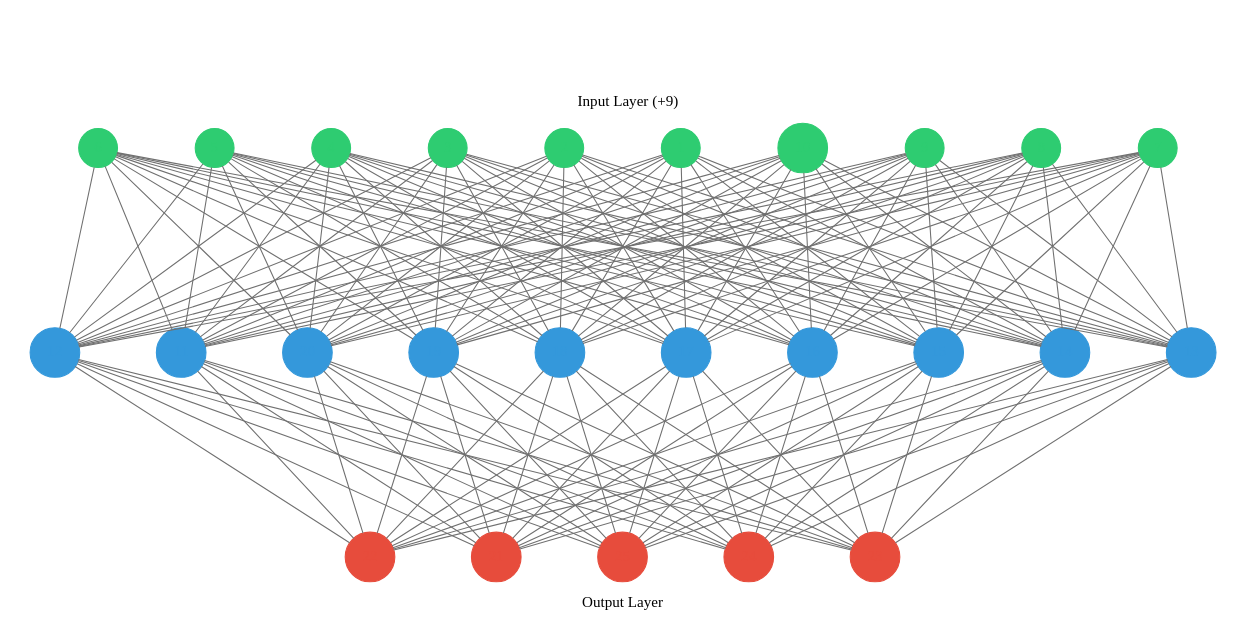
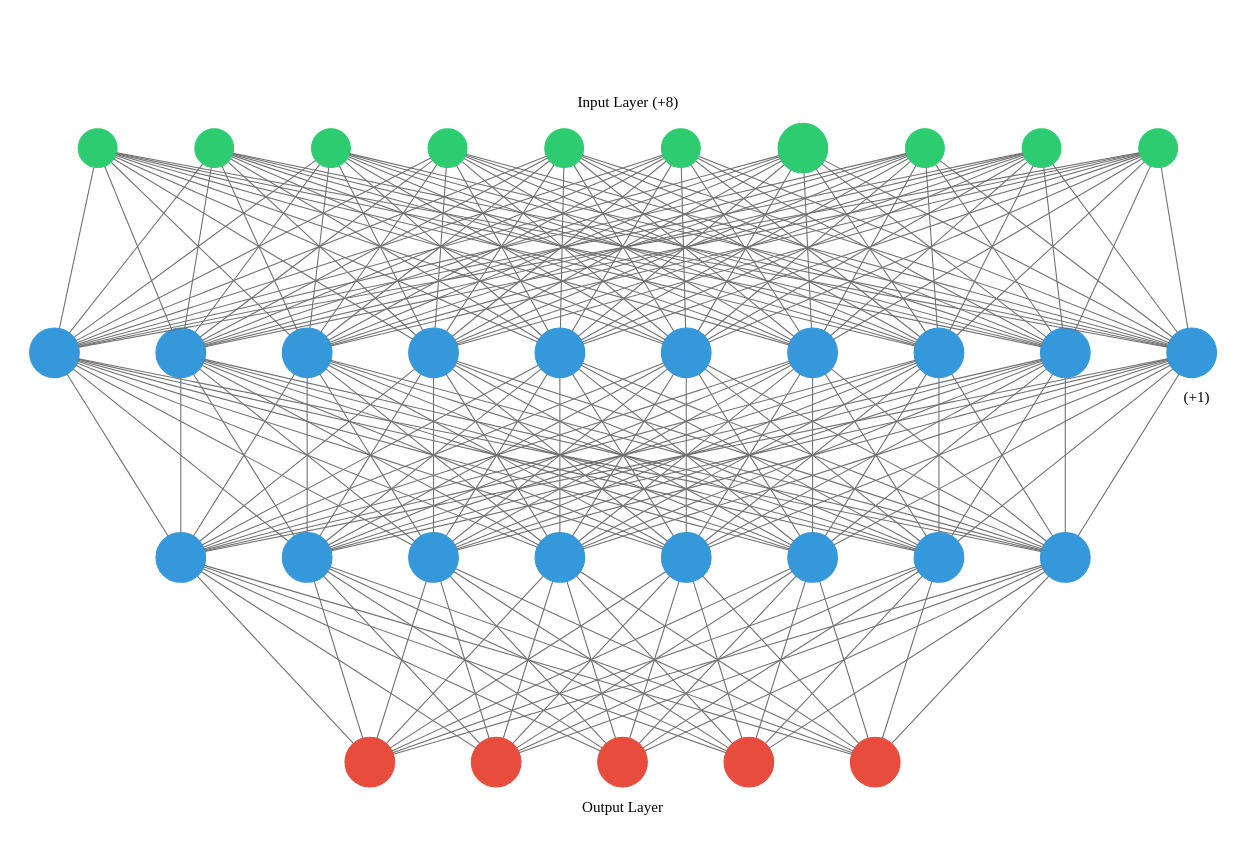
One commit to luukhfontys/Datascience-eindopdracht changed the diagram in network.gv. Above: the diagram before and after it, drawn with Graphviz. The commit also changed 16 other files, not shown here.

```diff
--- a/network.gv
+++ b/network.gv
@@ -9,70 +9,70 @@
 
 
 
-Input Layer (+9)"
+Input Layer (+8)"
 		rank=same
 		2
 		label="
 
 
 
-Input Layer (+9)"
+Input Layer (+8)"
 		rank=same
 		3
 		label="
 
 
 
-Input Layer (+9)"
+Input Layer (+8)"
 		rank=same
 		4
 		label="
 
 
 
-Input Layer (+9)"
+Input Layer (+8)"
 		rank=same
 		5
 		label="
 
 
 
-Input Layer (+9)"
+Input Layer (+8)"
 		rank=same
 		6
 		label="
 
 
 
-Input Layer (+9)"
+Input Layer (+8)"
 		rank=same
 		7
 		label="
 
 
 
-Input Layer (+9)"
+Input Layer (+8)"
 		rank=same
 		8
 		label="
 
 
 
-Input Layer (+9)"
+Input Layer (+8)"
 		rank=same
 		9
 		label="
 
 
 
-Input Layer (+9)"
+Input Layer (+8)"
 		rank=same
 		10
 		label="
 
 
 
-Input Layer (+9)"
+Input Layer (+8)"
 		rank=same
 	}
 	1 -> 11
@@ -178,7 +178,7 @@
 	subgraph cluster_1 {
 		color=white
 		rank=same
-		label="" labeljust=right labelloc=b
+		label=" (+1)" labeljust=right labelloc=b
 		11 [color="#3498db" fontcolor="#3498db" shape=circle style=filled]
 		12 [color="#3498db" fontcolor="#3498db" shape=circle style=filled]
 		13 [color="#3498db" fontcolor="#3498db" shape=circle style=filled]
@@ -240,16 +240,99 @@
 	18 -> 25
 	19 -> 25
 	20 -> 25
+	11 -> 26
+	12 -> 26
+	13 -> 26
+	14 -> 26
+	15 -> 26
+	16 -> 26
+	17 -> 26
+	18 -> 26
+	19 -> 26
+	20 -> 26
+	11 -> 27
+	12 -> 27
+	13 -> 27
+	14 -> 27
+	15 -> 27
+	16 -> 27
+	17 -> 27
+	18 -> 27
+	19 -> 27
+	20 -> 27
+	11 -> 28
+	12 -> 28
+	13 -> 28
+	14 -> 28
+	15 -> 28
+	16 -> 28
+	17 -> 28
+	18 -> 28
+	19 -> 28
+	20 -> 28
+	subgraph cluster_2 {
+		color=white
+		rank=same
+		label="" labeljust=right labelloc=b
+		21 [color="#3498db" fontcolor="#3498db" shape=circle style=filled]
+		22 [color="#3498db" fontcolor="#3498db" shape=circle style=filled]
+		23 [color="#3498db" fontcolor="#3498db" shape=circle style=filled]
+		24 [color="#3498db" fontcolor="#3498db" shape=circle style=filled]
+		25 [color="#3498db" fontcolor="#3498db" shape=circle style=filled]
+		26 [color="#3498db" fontcolor="#3498db" shape=circle style=filled]
+		27 [color="#3498db" fontcolor="#3498db" shape=circle style=filled]
+		28 [color="#3498db" fontcolor="#3498db" shape=circle style=filled]
+	}
+	21 -> 29
+	22 -> 29
+	23 -> 29
+	24 -> 29
+	25 -> 29
+	26 -> 29
+	27 -> 29
+	28 -> 29
+	21 -> 30
+	22 -> 30
+	23 -> 30
+	24 -> 30
+	25 -> 30
+	26 -> 30
+	27 -> 30
+	28 -> 30
+	21 -> 31
+	22 -> 31
+	23 -> 31
+	24 -> 31
+	25 -> 31
+	26 -> 31
+	27 -> 31
+	28 -> 31
+	21 -> 32
+	22 -> 32
+	23 -> 32
+	24 -> 32
+	25 -> 32
+	26 -> 32
+	27 -> 32
+	28 -> 32
+	21 -> 33
+	22 -> 33
+	23 -> 33
+	24 -> 33
+	25 -> 33
+	26 -> 33
+	27 -> 33
+	28 -> 33
 	subgraph cluster_output {
 		node [color="#2ecc71" fontcolor="#2ecc71" shape=circle style=filled]
 		color=white
 		rank=same
 		labeljust=1
-		21 [color="#e74c3c" fontcolor="#e74c3c" shape=circle style=filled]
-		22 [color="#e74c3c" fontcolor="#e74c3c" shape=circle style=filled]
-		23 [color="#e74c3c" fontcolor="#e74c3c" shape=circle style=filled]
-		24 [color="#e74c3c" fontcolor="#e74c3c" shape=circle style=filled]
-		25 [color="#e74c3c" fontcolor="#e74c3c" shape=circle style=filled]
+		29 [color="#e74c3c" fontcolor="#e74c3c" shape=circle style=filled]
+		30 [color="#e74c3c" fontcolor="#e74c3c" shape=circle style=filled]
+		31 [color="#e74c3c" fontcolor="#e74c3c" shape=circle style=filled]
+		32 [color="#e74c3c" fontcolor="#e74c3c" shape=circle style=filled]
+		33 [color="#e74c3c" fontcolor="#e74c3c" shape=circle style=filled]
 		label="Output Layer" labelloc=bottom
 	}
 	arrowShape=none
```
